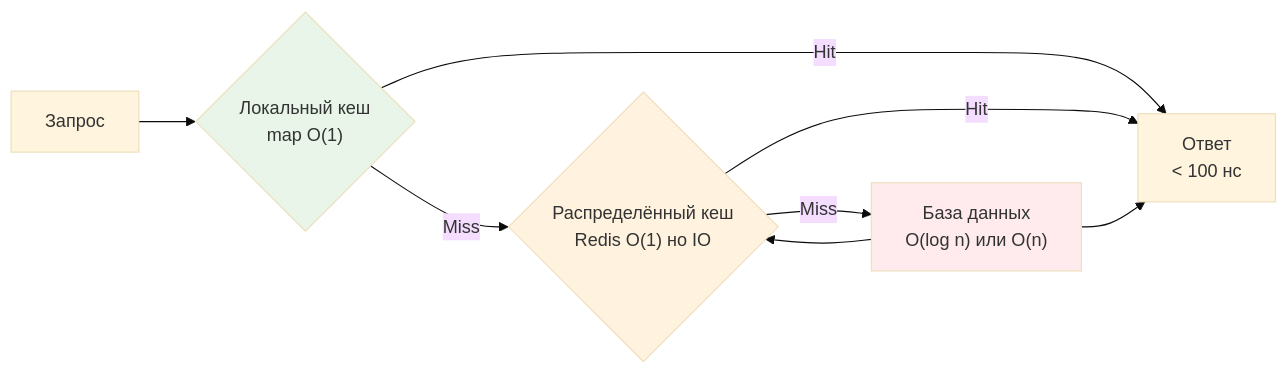
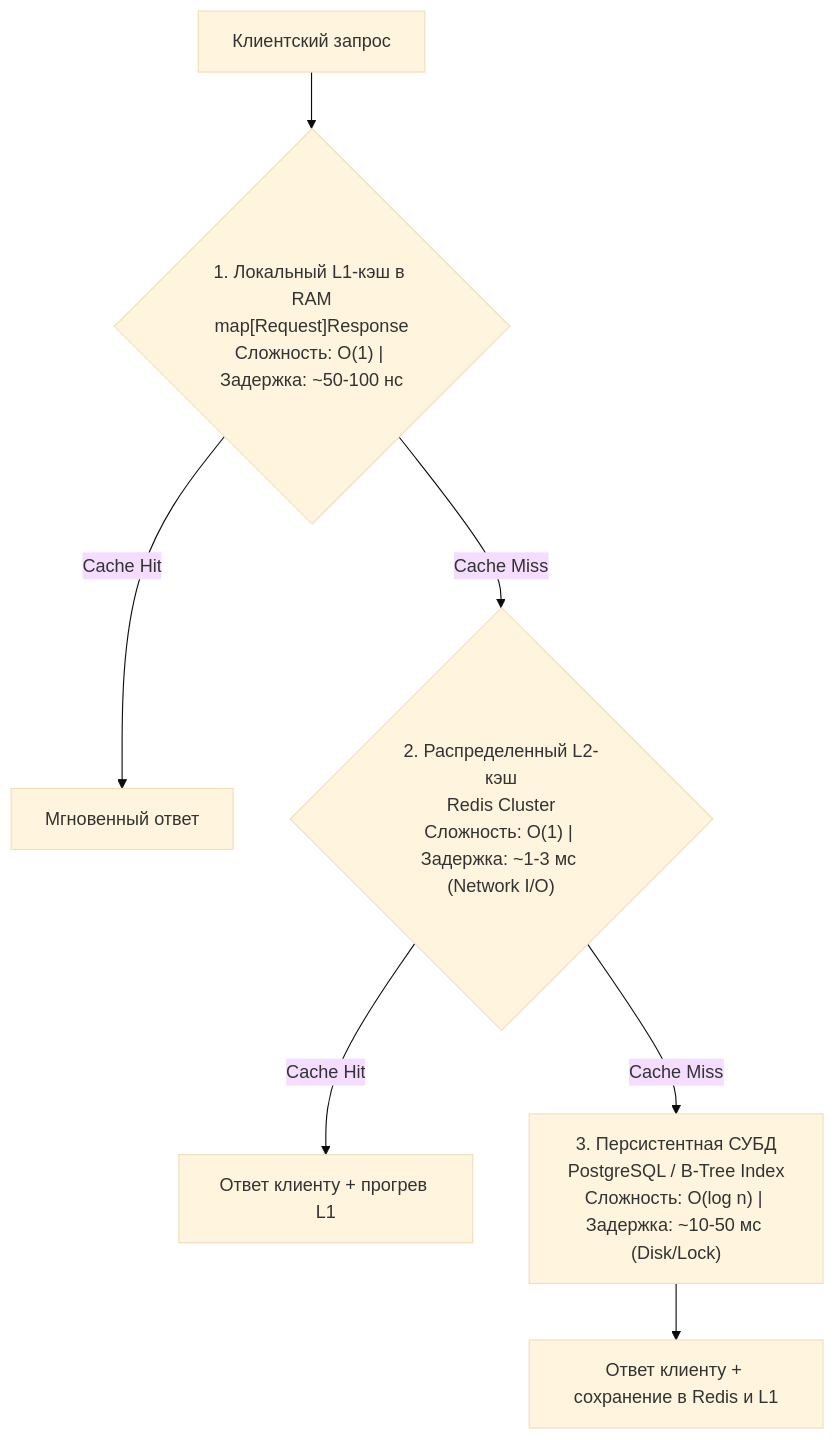
The second of 2 diagrams in sources/20. Алгоритмы и структуры данных (DSA) на Go/01. Введение/2. Асимптотическая сложность. Big O, Big Theta, Big Omega.md (UnrealTemplier/go-textbook), drawn with Mermaid (base theme) before and after one commit. The commit also changed other lines of this file, not shown here.

````diff
--- a/sources/20. Алгоритмы и структуры данных (DSA) на Go/01. Введение/2. Асимптотическая сложность. Big O, Big Theta, Big Omega.md
+++ b/sources/20. Алгоритмы и структуры данных (DSA) на Go/01. Введение/2. Асимптотическая сложность. Big O, Big Theta, Big Omega.md
@@ -257,14 +276,12 @@
 ```mermaid
-flowchart LR
-    Req["Запрос"] --> Local{"Локальный кеш <br> map O(1)"}
-    Local -->|Hit| Resp["Ответ <br> < 100 нс"]
-    Local -->|Miss| Remote{"Распределённый кеш <br> Redis O(1) но IO"}
-    Remote -->|Hit| Resp
-    Remote -->|Miss| DB["База данных <br> O(log n) или O(n)"]
-    DB --> Remote
-    DB --> Resp
-
-    style Local fill:#e8f5e8
-    style Remote fill:#fff3e0
-    style DB fill:#ffebee
+flowchart TD
+    Client["Клиентский запрос"] --> Local{"1. Локальный L1-кэш в RAM<br>map[Request]Response<br>Сложность: O(1) | Задержка: ~50-100 нс"}
+    
+    Local -->|"Cache Hit"| RetL1["Мгновенный ответ"]
+    Local -->|"Cache Miss"| Redis{"2. Распределенный L2-кэш<br>Redis Cluster<br>Сложность: O(1) | Задержка: ~1-3 мс (Network I/O)"}
+    
+    Redis -->|"Cache Hit"| RetRedis["Ответ клиенту + прогрев L1"]
+    Redis -->|"Cache Miss"| DB["3. Персистентная СУБД<br>PostgreSQL / B-Tree Index<br>Сложность: O(log n) | Задержка: ~10-50 мс (Disk/Lock)"]
+    
+    DB --> RetDB["Ответ клиенту + сохранение в Redis и L1"]
 ```
````
